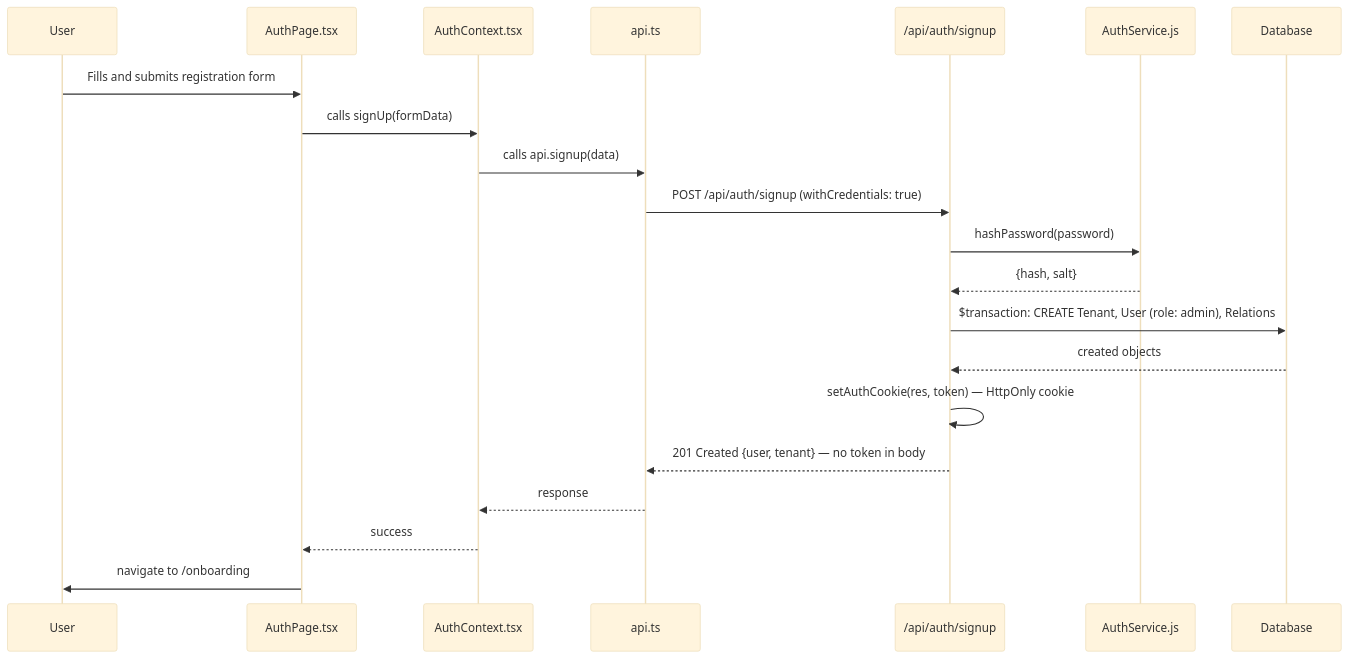
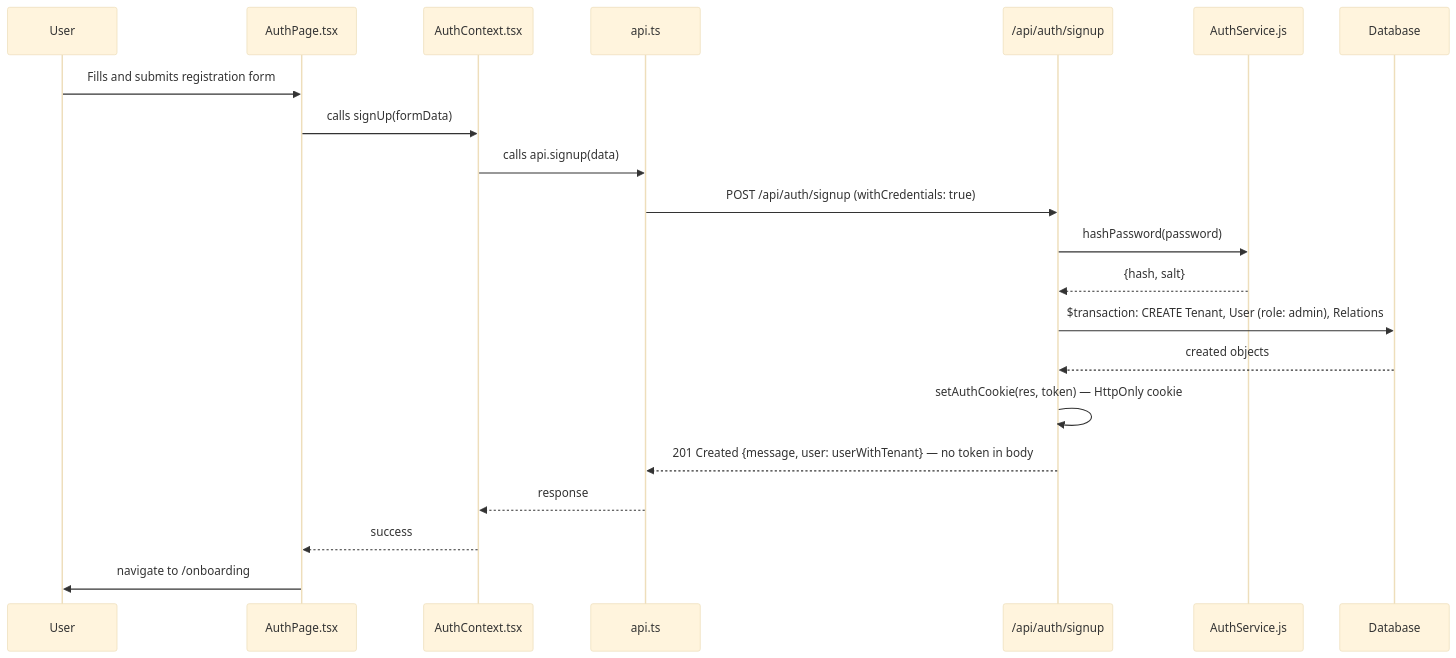
The first of 2 diagrams in docs/specs/api/01-user-identity.md (danielvsantos/bliss), drawn with Mermaid (base theme) before and after one commit. The commit also changed other lines of this file and 58 other files, not shown here.

````diff
--- a/docs/specs/api/01-user-identity.md
+++ b/docs/specs/api/01-user-identity.md
@@ -138,24 +136,24 @@
 ```mermaid
 sequenceDiagram
     participant User
     participant AuthPage as AuthPage.tsx
     participant AuthContext as AuthContext.tsx
     participant APIClient as api.ts
     participant SignupAPI as /api/auth/signup
     participant AuthService as AuthService.js
     participant Database
 
     User->>AuthPage: Fills and submits registration form
     AuthPage->>AuthContext: calls signUp(formData)
     AuthContext->>APIClient: calls api.signup(data)
     APIClient->>SignupAPI: POST /api/auth/signup (withCredentials: true)
     SignupAPI->>AuthService: hashPassword(password)
     AuthService-->>SignupAPI: {hash, salt}
     SignupAPI->>Database: $transaction: CREATE Tenant, User (role: admin), Relations
     Database-->>SignupAPI: created objects
     SignupAPI->>SignupAPI: setAuthCookie(res, token) — HttpOnly cookie
-    SignupAPI-->>APIClient: 201 Created {user, tenant} — no token in body
+    SignupAPI-->>APIClient: 201 Created {message, user: userWithTenant} — no token in body
     APIClient-->>AuthContext: response
     AuthContext-->>AuthPage: success
     AuthPage->>User: navigate to /onboarding
 ```
````
